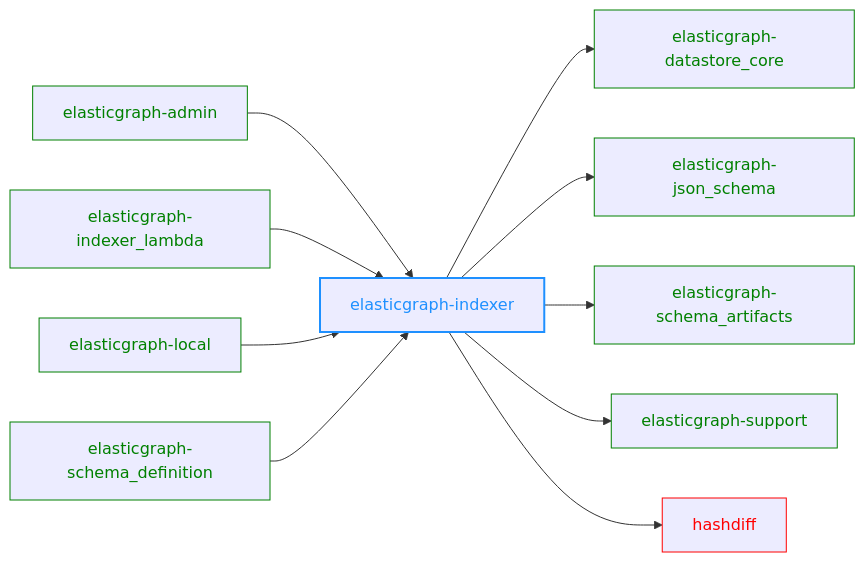
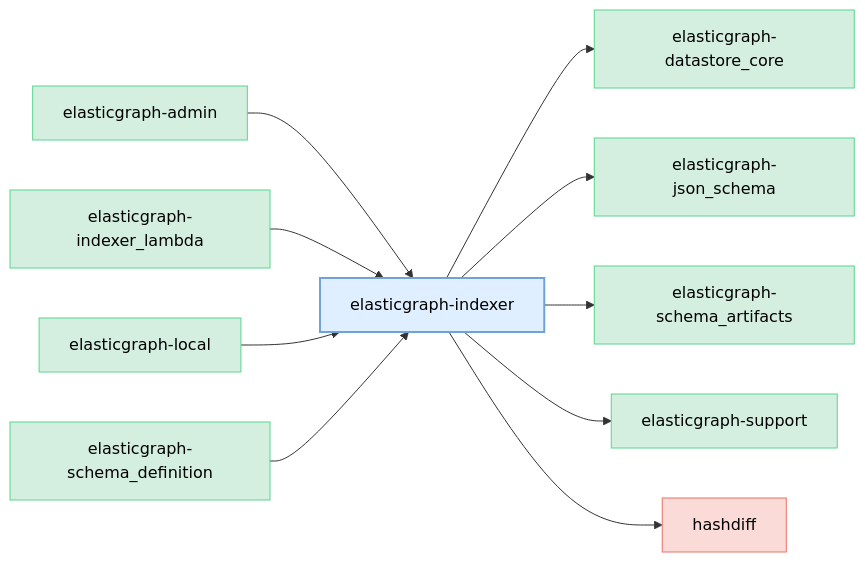
One commit to block/elasticgraph changed the diagram in elasticgraph-indexer/README.md. Above: the diagram before and after it, drawn with Mermaid. The commit also changed 23 other files, not shown here.

````diff
--- a/elasticgraph-indexer/README.md
+++ b/elasticgraph-indexer/README.md
@@ -4,33 +4,36 @@
 ```mermaid
 graph LR;
+    classDef currentGemStyle fill:#E0EFFF,stroke:#70A1D7,color:#000,stroke-width:2px;
+    classDef internalEgGemStyle fill:#D4EFDF,stroke:#58D68D,color:#000;
+    classDef externalGemStyle fill:#FADBD8,stroke:#EC7063,color:#000;
     elasticgraph-indexer["elasticgraph-indexer"];
+    class elasticgraph-indexer currentGemStyle;
     elasticgraph-datastore_core["elasticgraph-datastore_core"];
     elasticgraph-indexer --> elasticgraph-datastore_core;
+    class elasticgraph-datastore_core internalEgGemStyle;
     elasticgraph-json_schema["elasticgraph-json_schema"];
     elasticgraph-indexer --> elasticgraph-json_schema;
+    class elasticgraph-json_schema internalEgGemStyle;
     elasticgraph-schema_artifacts["elasticgraph-schema_artifacts"];
     elasticgraph-indexer --> elasticgraph-schema_artifacts;
+    class elasticgraph-schema_artifacts internalEgGemStyle;
     elasticgraph-support["elasticgraph-support"];
     elasticgraph-indexer --> elasticgraph-support;
+    class elasticgraph-support internalEgGemStyle;
     hashdiff["hashdiff"];
     elasticgraph-indexer --> hashdiff;
+    class hashdiff externalGemStyle;
     elasticgraph-admin["elasticgraph-admin"];
     elasticgraph-admin --> elasticgraph-indexer;
+    class elasticgraph-admin internalEgGemStyle;
     elasticgraph-indexer_lambda["elasticgraph-indexer_lambda"];
     elasticgraph-indexer_lambda --> elasticgraph-indexer;
+    class elasticgraph-indexer_lambda internalEgGemStyle;
     elasticgraph-local["elasticgraph-local"];
     elasticgraph-local --> elasticgraph-indexer;
+    class elasticgraph-local internalEgGemStyle;
     elasticgraph-schema_definition["elasticgraph-schema_definition"];
     elasticgraph-schema_definition --> elasticgraph-indexer;
-    style elasticgraph-indexer color:DodgerBlue,stroke-width:2px,stroke:DodgerBlue;
-    style elasticgraph-datastore_core color:Green,stroke:Green;
-    style elasticgraph-json_schema color:Green,stroke:Green;
-    style elasticgraph-schema_artifacts color:Green,stroke:Green;
-    style elasticgraph-support color:Green,stroke:Green;
-    style hashdiff color:Red,stroke:Red;
-    style elasticgraph-admin color:Green,stroke:Green;
-    style elasticgraph-indexer_lambda color:Green,stroke:Green;
-    style elasticgraph-local color:Green,stroke:Green;
-    style elasticgraph-schema_definition color:Green,stroke:Green;
+    class elasticgraph-schema_definition internalEgGemStyle;
     click hashdiff href "https://rubygems.org/gems/hashdiff" "Open on RubyGems.org" _blank;
 ```
````
